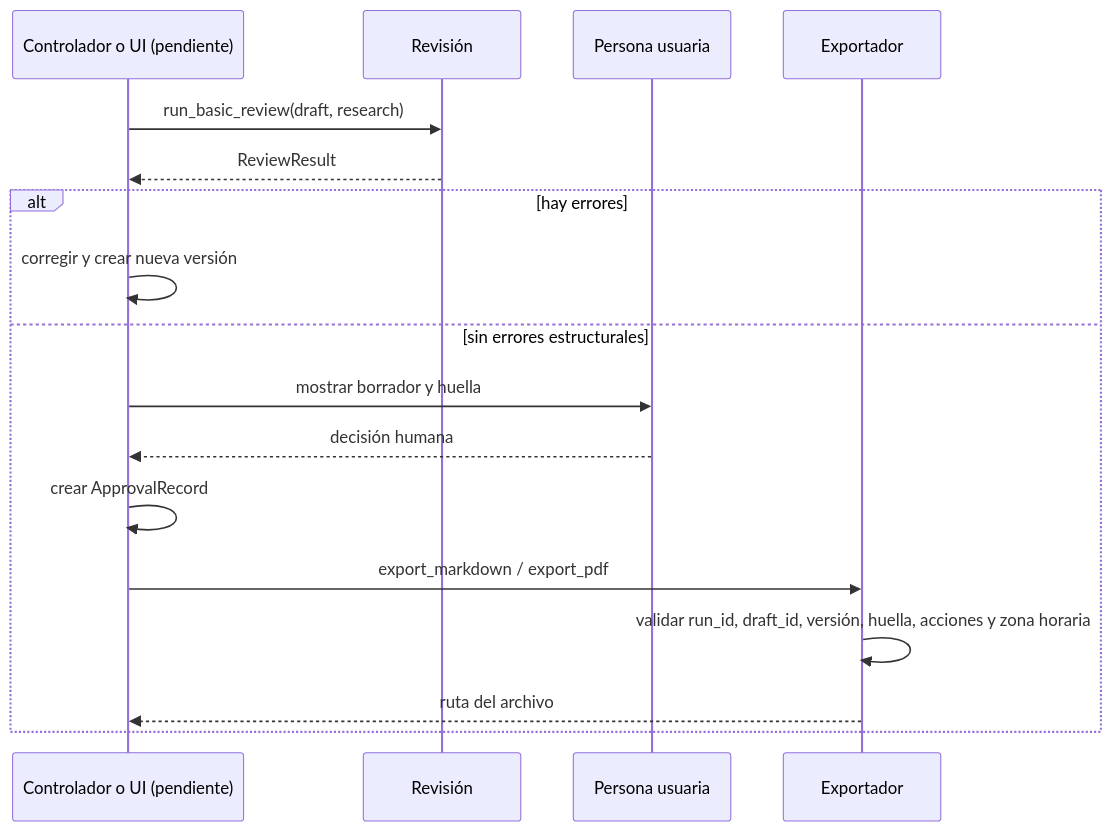
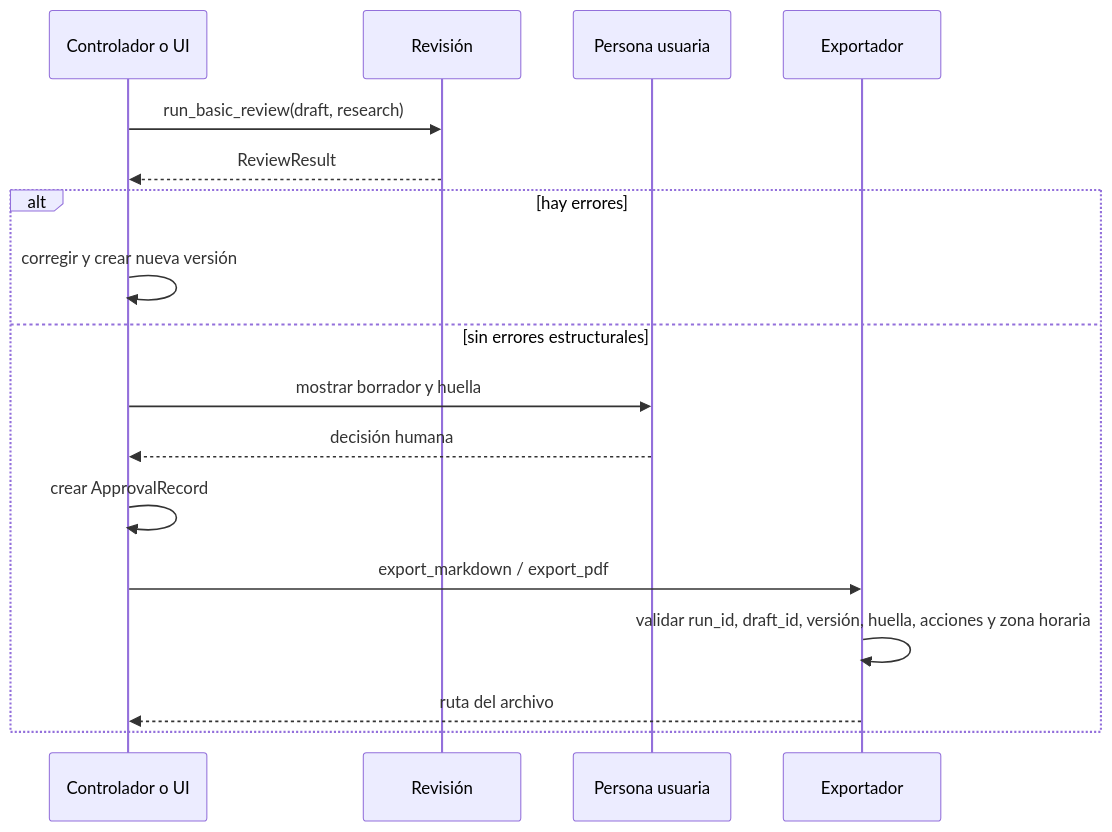
Before and after one commit to Isabela-Tellez/FitFamily: the third of 3 diagrams in README.md, drawn with Mermaid. The commit also changed other lines of this file, not shown here.

````diff
--- a/README.md
+++ b/README.md
@@ -437,20 +451,20 @@
 ```mermaid
 sequenceDiagram
-    participant C as Controlador o UI (pendiente)
+    participant C as Controlador o UI
     participant R as Revisión
     participant H as Persona usuaria
     participant E as Exportador
 
     C->>R: run_basic_review(draft, research)
     R-->>C: ReviewResult
     alt hay errores
         C->>C: corregir y crear nueva versión
     else sin errores estructurales
         C->>H: mostrar borrador y huella
         H-->>C: decisión humana
         C->>C: crear ApprovalRecord
         C->>E: export_markdown / export_pdf
         E->>E: validar run_id, draft_id, versión, huella, acciones y zona horaria
         E-->>C: ruta del archivo
     end
 ```
````
